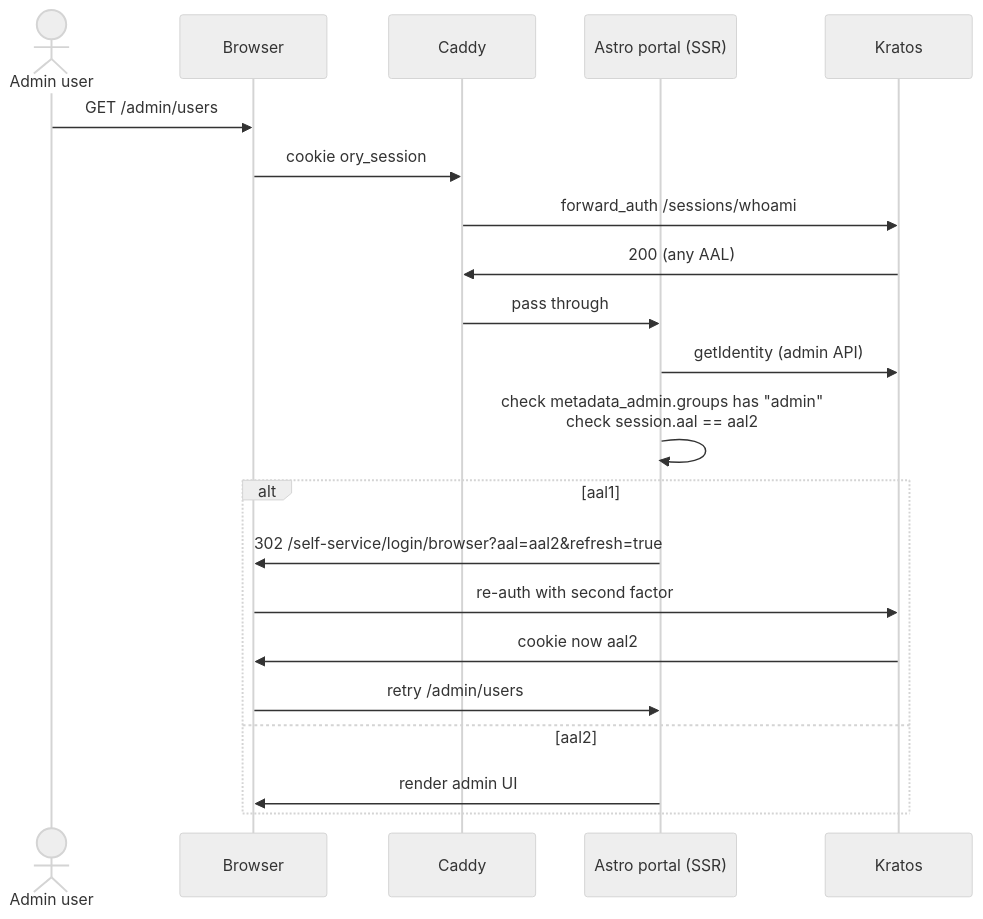
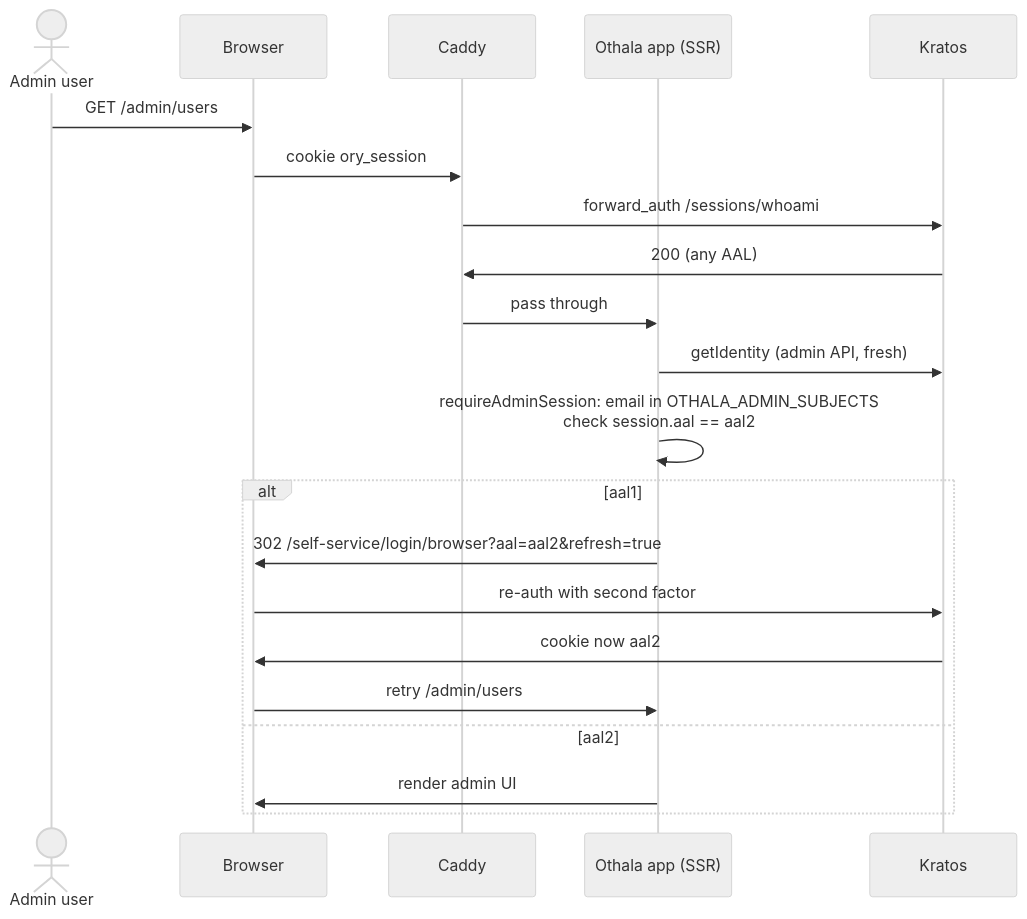
The second of 3 diagrams in ARCHITECTURE.md (andrewdunndev/othala), drawn with Mermaid (neutral theme) before and after one commit. The commit also changed other lines of this file and 4 other files, not shown here.

First line of the commit message:
docs(othala): rewrite for the converged Othala/dag architecture (Wave D)

````diff
--- a/ARCHITECTURE.md
+++ b/ARCHITECTURE.md
@@ -332,24 +456,24 @@
 ```mermaid
 sequenceDiagram
   actor U as Admin user
   participant B as Browser
   participant C as Caddy
-  participant P as Astro portal (SSR)
+  participant O as Othala app (SSR)
   participant K as Kratos
 
   U->>B: GET /admin/users
   B->>C: cookie ory_session
   C->>K: forward_auth /sessions/whoami
   K->>C: 200 (any AAL)
-  C->>P: pass through
-  P->>K: getIdentity (admin API)
-  P->>P: check metadata_admin.groups has "admin"<br/>check session.aal == aal2
+  C->>O: pass through
+  O->>K: getIdentity (admin API, fresh)
+  O->>O: requireAdminSession: email in OTHALA_ADMIN_SUBJECTS<br/>check session.aal == aal2
   alt aal1
-    P->>B: 302 /self-service/login/browser?aal=aal2&refresh=true
+    O->>B: 302 /self-service/login/browser?aal=aal2&refresh=true
     B->>K: re-auth with second factor
     K->>B: cookie now aal2
-    B->>P: retry /admin/users
+    B->>O: retry /admin/users
   else aal2
-    P->>B: render admin UI
+    O->>B: render admin UI
   end
 ```
````
